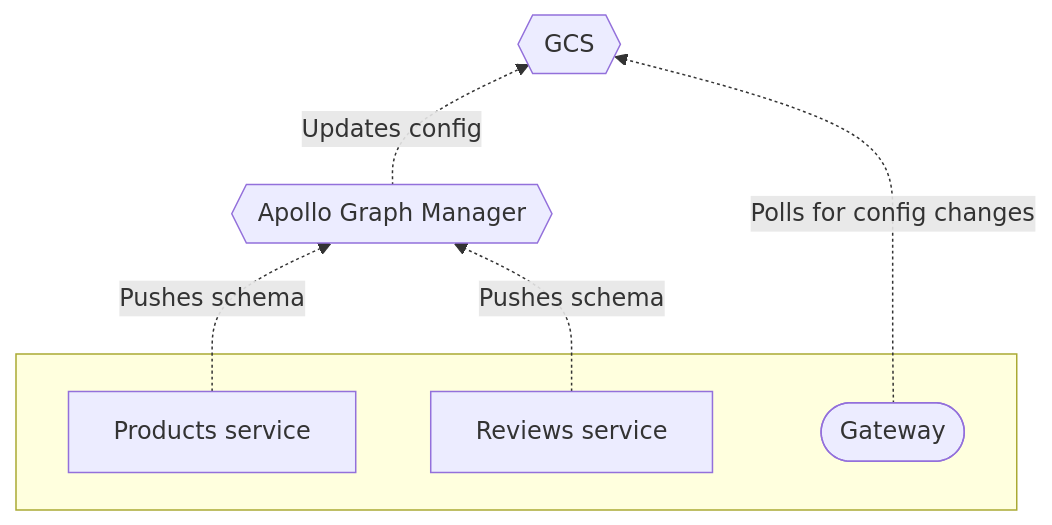
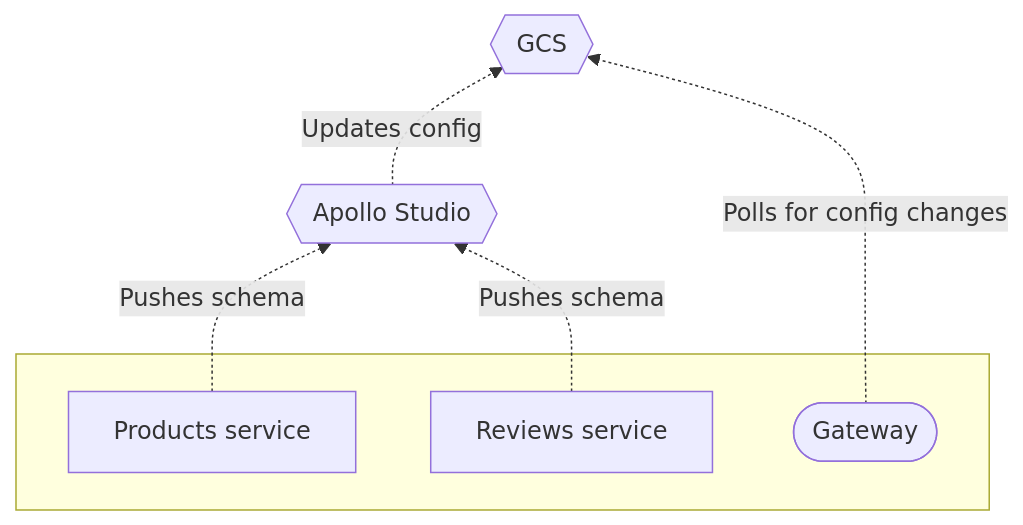
The diagram in graph-manager-docs/source/managed-federation/overview.mdx (apollographql/apollo), drawn with Mermaid before and after one commit. The commit also changed other lines of this file and 17 other files, not shown here.

````diff
--- a/graph-manager-docs/source/managed-federation/overview.mdx
+++ b/graph-manager-docs/source/managed-federation/overview.mdx
@@ -12,15 +12,15 @@
 ```mermaid
 graph BT;
   subgraph " "
   serviceA[Products service];
   serviceB[Reviews service];
   gateway([Gateway]);
   end
-  graphManager{{Apollo Graph Manager}};
+  graphManager{{Apollo Studio}};
   gcs{{GCS}}
   serviceA & serviceB -. Pushes schema .-> graphManager;
   graphManager -. Updates config .-> gcs;
   gateway -. Polls for config changes .-> gcs;
   class graphManager secondary;
   class gcs secondary;
 ```
````
